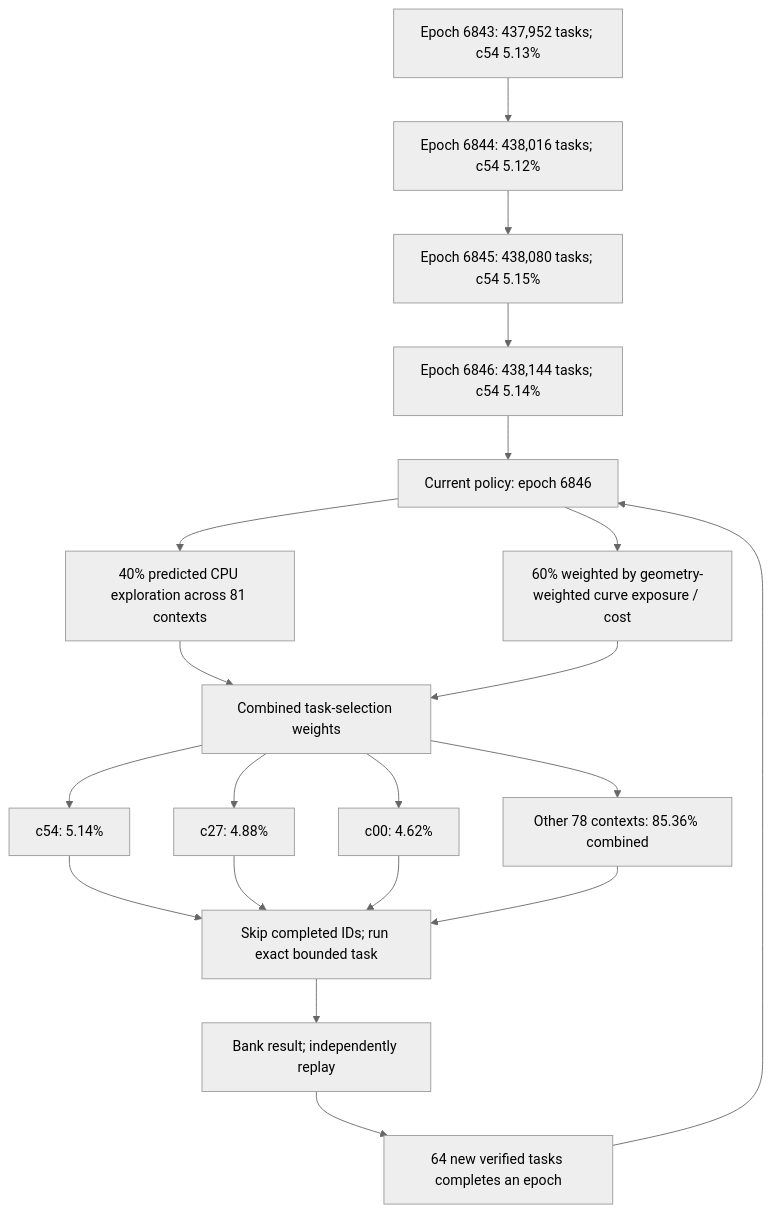
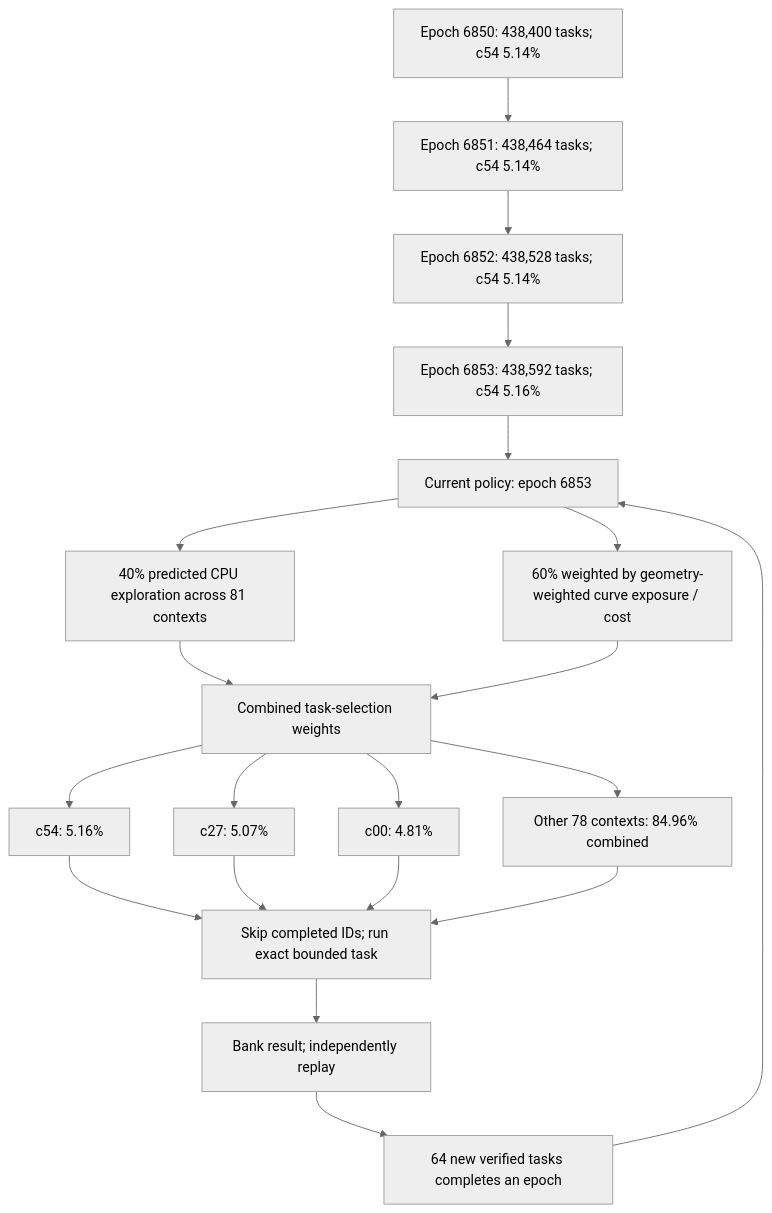
Before and after one commit to Kuberwastaken/math-gambling: the first of 4 diagrams in README.md, drawn with Mermaid (neutral theme). The commit also changed other lines of this file and 1908 other files, not shown here.

````diff
--- a/README.md
+++ b/README.md
@@ -60,27 +60,27 @@
 ```mermaid
 flowchart TD
-    H0["Epoch 6843: 437,952 tasks; c54 5.13%"]
-    H1["Epoch 6844: 438,016 tasks; c54 5.12%"]
+    H0["Epoch 6850: 438,400 tasks; c54 5.14%"]
+    H1["Epoch 6851: 438,464 tasks; c54 5.14%"]
     H0 --> H1
-    H2["Epoch 6845: 438,080 tasks; c54 5.15%"]
+    H2["Epoch 6852: 438,528 tasks; c54 5.14%"]
     H1 --> H2
-    H3["Epoch 6846: 438,144 tasks; c54 5.14%"]
+    H3["Epoch 6853: 438,592 tasks; c54 5.16%"]
     H2 --> H3
-    Policy["Current policy: epoch 6846"]
+    Policy["Current policy: epoch 6853"]
     H3 --> Policy
     Policy --> Explore["40% predicted CPU exploration across 81 contexts"]
     Policy --> Cost["60% weighted by geometry-weighted curve exposure / cost"]
     Explore --> Mix["Combined task-selection weights"]
     Cost --> Mix
-    Mix --> C0["c54: 5.14%"]
-    Mix --> C1["c27: 4.88%"]
-    Mix --> C2["c00: 4.62%"]
-    Mix --> Rest["Other 78 contexts: 85.36% combined"]
+    Mix --> C0["c54: 5.16%"]
+    Mix --> C1["c27: 5.07%"]
+    Mix --> C2["c00: 4.81%"]
+    Mix --> Rest["Other 78 contexts: 84.96% combined"]
     C0 --> Check["Skip completed IDs; run exact bounded task"]
     C1 --> Check
     C2 --> Check
     Rest --> Check
     Check --> Replay["Bank result; independently replay"]
     Replay --> Gate["64 new verified tasks completes an epoch"]
     Gate --> Policy
 ```
````
